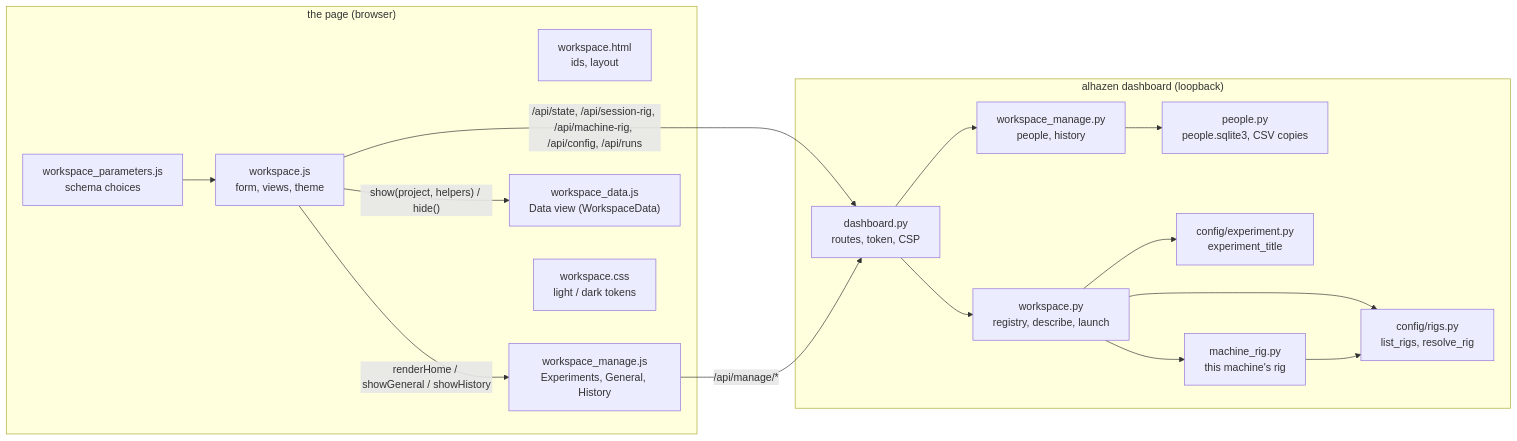
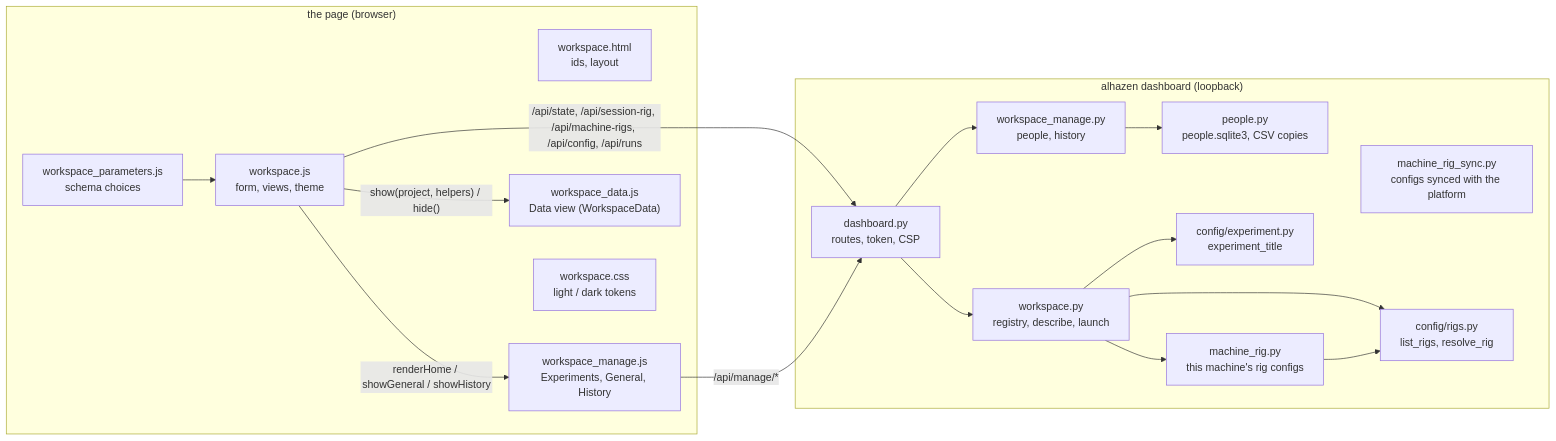
One commit to sh4r11f/alhazen changed the first of 4 diagrams in docs/workspace.md. Above: the diagram before and after it, drawn with Mermaid. The commit also changed other lines of this file and 49 other files, not shown here.

First line of the commit message:
Dashboard and platform: several rig configs per machine, synced (#186)

````diff
--- a/docs/workspace.md
+++ b/docs/workspace.md
@@ -200,32 +206,33 @@
 ```mermaid
 flowchart LR
     subgraph browser["the page (browser)"]
         HTML["workspace.html<br/>ids, layout"]
         JS["workspace.js<br/>form, views, theme"]
         PJS["workspace_parameters.js<br/>schema choices"]
         DJS["workspace_data.js<br/>Data view (WorkspaceData)"]
         MJS["workspace_manage.js<br/>Experiments, General, History"]
         CSS["workspace.css<br/>light / dark tokens"]
     end
     subgraph server["alhazen dashboard (loopback)"]
         DASH["dashboard.py<br/>routes, token, CSP"]
         WS["workspace.py<br/>registry, describe, launch"]
         MAN["workspace_manage.py<br/>people, history"]
-        MACH["machine_rig.py<br/>this machine's rig"]
+        MACH["machine_rig.py<br/>this machine's rig configs"]
+        MSYNC["machine_rig_sync.py<br/>configs synced with the platform"]
         PEO["people.py<br/>people.sqlite3, CSV copies"]
         EXP["config/experiment.py<br/>experiment_title"]
         RIGS["config/rigs.py<br/>list_rigs, resolve_rig"]
     end
-    JS -- "/api/state, /api/session-rig, /api/machine-rig, /api/config, /api/runs" --> DASH
+    JS -- "/api/state, /api/session-rig, /api/machine-rigs, /api/config, /api/runs" --> DASH
     JS -- "show(project, helpers) / hide()" --> DJS
     JS -- "renderHome / showGeneral / showHistory" --> MJS
     MJS -- "/api/manage/*" --> DASH
     DASH --> MAN
     MAN --> PEO
     PJS --> JS
     DASH --> WS
     WS --> EXP
     WS --> RIGS
     WS --> MACH
     MACH --> RIGS
 ```
````
